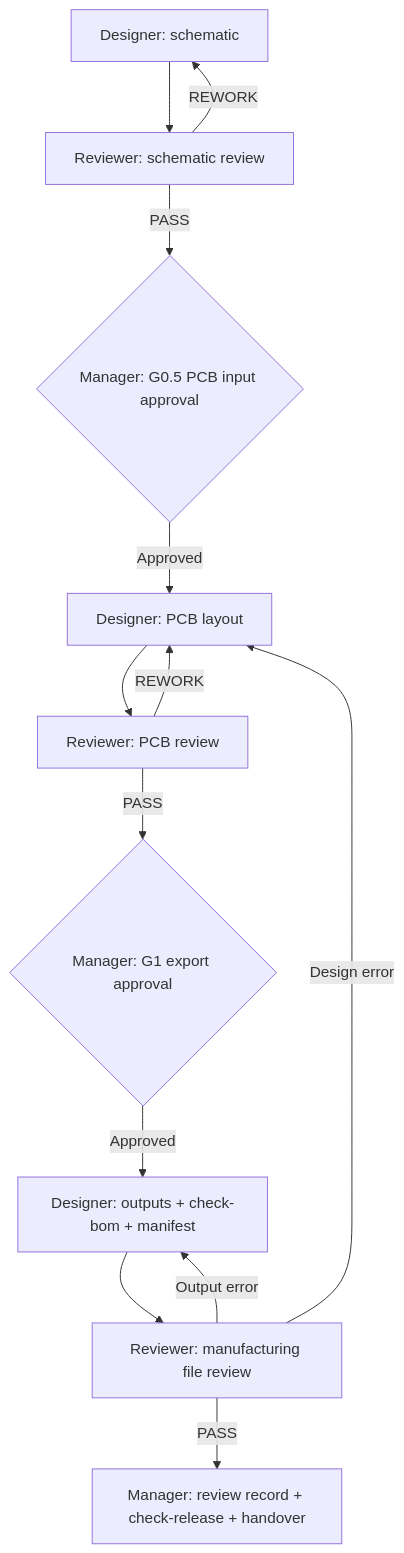
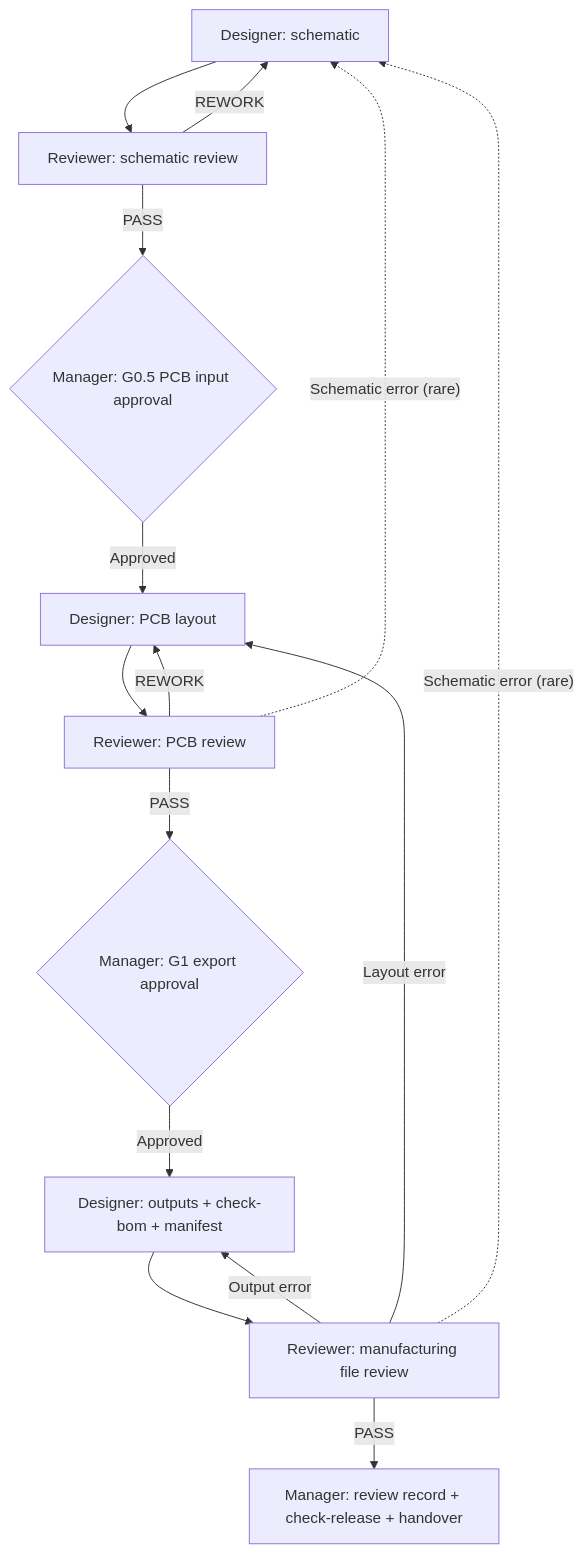
Before and after one commit to d0ukan/ai-hw-designer: the diagram in Hardware-Roles.md, drawn with Mermaid. The commit also changed other lines of this file and 4 other files, not shown here.

Commit message:
v1.17: workflow charts show rare return to schematic from PCB and manufacturing review

````diff
--- a/Hardware-Roles.md
+++ b/Hardware-Roles.md
@@ -113,15 +113,17 @@
 ```mermaid
 flowchart TD
     S["Designer: schematic"] --> SR["Reviewer: schematic review"]
     SR -->|"REWORK"| S
     SR -->|"PASS"| G05{"Manager: G0.5 PCB input approval"}
     G05 -->|"Approved"| D["Designer: PCB layout"]
     D --> R["Reviewer: PCB review"]
     R -->|"REWORK"| D
     R -->|"PASS"| M{"Manager: G1 export approval"}
     M -->|"Approved"| E["Designer: outputs + check-bom + manifest"]
     E --> V["Reviewer: manufacturing file review"]
     V -->|"Output error"| E
-    V -->|"Design error"| D
+    V -->|"Layout error"| D
+    R -.->|"Schematic error (rare)"| S
+    V -.->|"Schematic error (rare)"| S
     V -->|"PASS"| H["Manager: review record + check-release + handover"]
 ```
````
